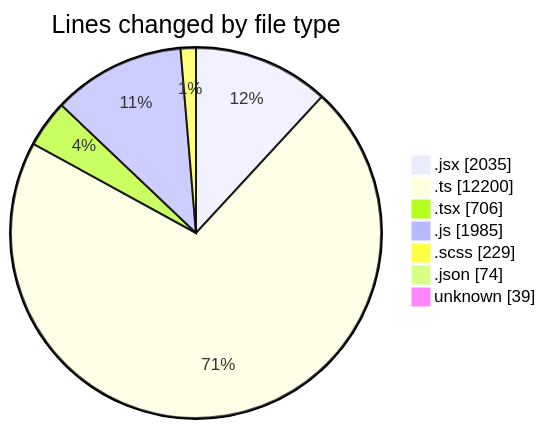
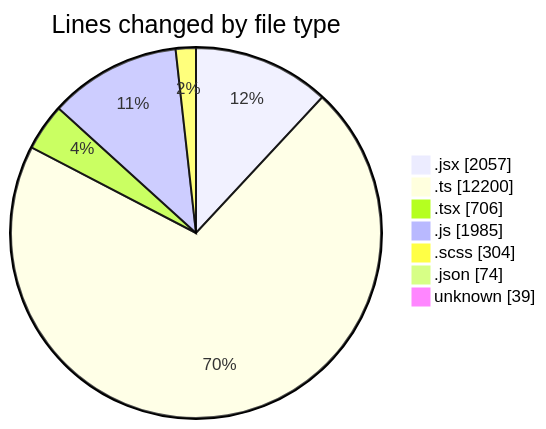
Before and after one commit to momahboobian/code-tracking: the first of 2 diagrams in 2025-06-05/cda/README.md, drawn with Mermaid. The commit also changed other lines of this file and 1 other file, not shown here.

````diff
--- a/2025-06-05/cda/README.md
+++ b/2025-06-05/cda/README.md
@@ -49,11 +50,11 @@
 ```mermaid
 pie showData
 title Lines changed by file type
-".jsx" : 2035
+".jsx" : 2057
 ".ts" : 12200
 ".tsx" : 706
 ".js" : 1985
-".scss" : 229
+".scss" : 304
 ".json" : 74
 "unknown" : 39
 ```
````
